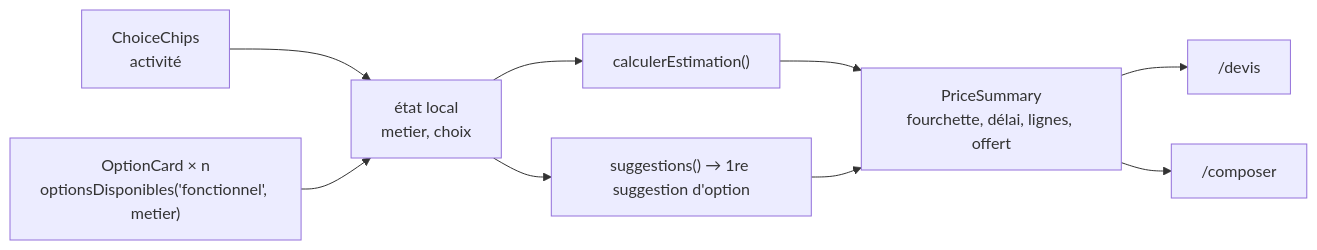
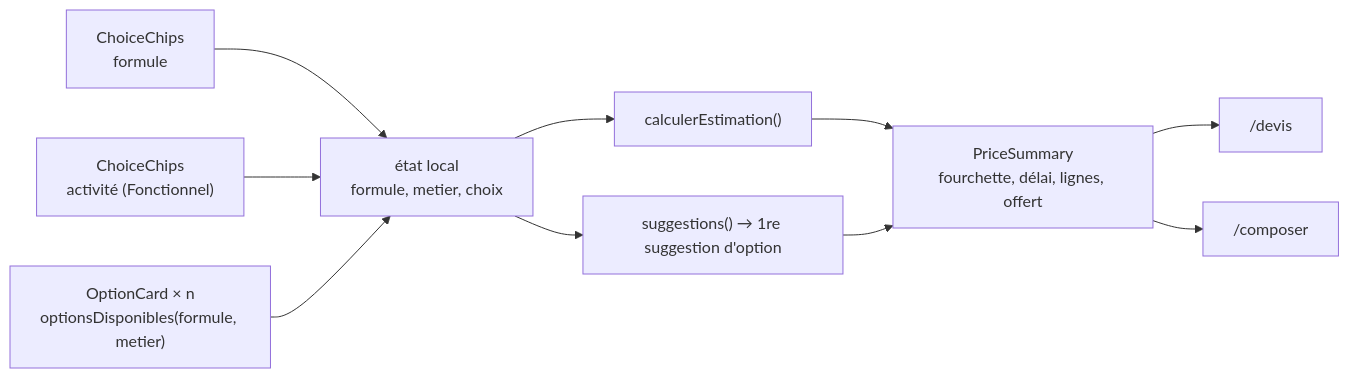
The diagram in docs/fonctionnalites/simulateur-tarifs.md (bsandoz79/bsandoz-site), drawn with Mermaid before and after one commit. The commit also changed other lines of this file and 6 other files, not shown here.

````diff
--- a/docs/fonctionnalites/simulateur-tarifs.md
+++ b/docs/fonctionnalites/simulateur-tarifs.md
@@ -7,11 +7,12 @@
 ```mermaid
 flowchart LR
-  a["ChoiceChips<br/>activité"] --> st["état local<br/>metier, choix"]
-  o["OptionCard × n<br/>optionsDisponibles('fonctionnel', metier)"] --> st
+  f["ChoiceChips<br/>formule"] --> st["état local<br/>formule, metier, choix"]
+  a["ChoiceChips<br/>activité (Fonctionnel)"] --> st
+  o["OptionCard × n<br/>optionsDisponibles(formule, metier)"] --> st
   st --> e["calculerEstimation()"]
   st --> s["suggestions() → 1re suggestion d'option"]
   e --> r["PriceSummary<br/>fourchette, délai, lignes, offert"]
   s --> r
   r --> l1["/devis"]
   r --> l2["/composer"]
 ```
````
